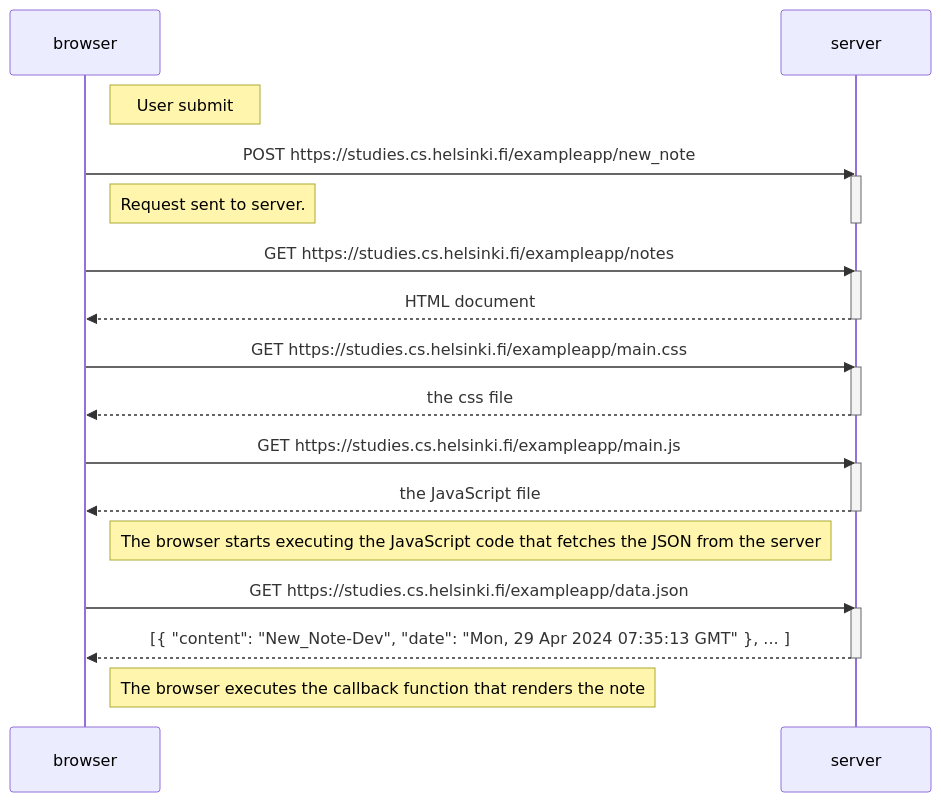
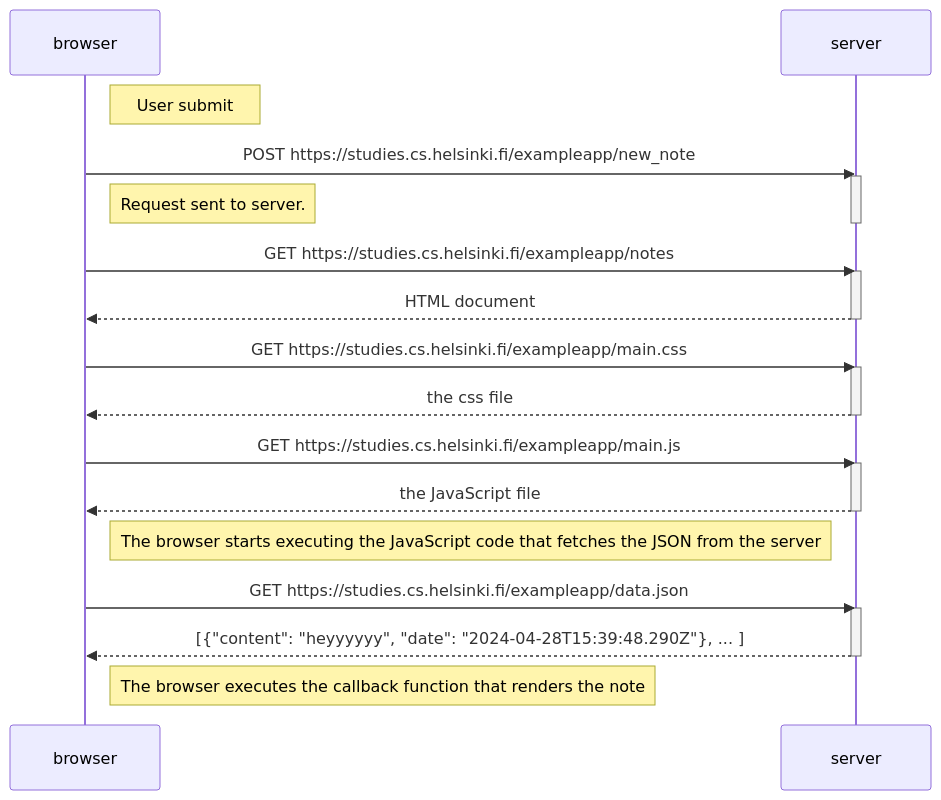
One commit to patinen/fullstackopen changed the diagram in part0/04.md. Above: the diagram before and after it, drawn with Mermaid.

````diff
--- a/part0/04.md
+++ b/part0/04.md
@@ -1,41 +1,41 @@
 ```mermaid
     sequenceDiagram
 
       participant browser
 
       participant server
 
             Note right of browser: User submit
             browser->>server: POST https://studies.cs.helsinki.fi/exampleapp/new_note
             activate server 
             Note right of browser: Request sent to server.            
             deactivate server
                 
             browser->>server: GET https://studies.cs.helsinki.fi/exampleapp/notes
             activate server
             server-->>browser: HTML document
             deactivate server
     
             browser->>server: GET https://studies.cs.helsinki.fi/exampleapp/main.css
             activate server
             server-->>browser: the css file
             deactivate server
     
             browser->>server: GET https://studies.cs.helsinki.fi/exampleapp/main.js
             activate server
             server-->>browser: the JavaScript file
             deactivate server
     
             Note right of browser: The browser starts executing the JavaScript code that fetches the JSON from the server 
             browser->>server: GET https://studies.cs.helsinki.fi/exampleapp/data.json
             activate server
-            server-->>browser: [{  "content": "New_Note-Dev", "date": "Mon, 29 Apr 2024 07:35:13 GMT" }, ... ]
+            server-->>browser: [{"content": "heyyyyyy", "date": "2024-04-28T15:39:48.290Z"}, ... ]
             deactivate server
             Note right of browser: The browser executes the callback function that renders the note
 
 
 
 
 
 
 ```
````
